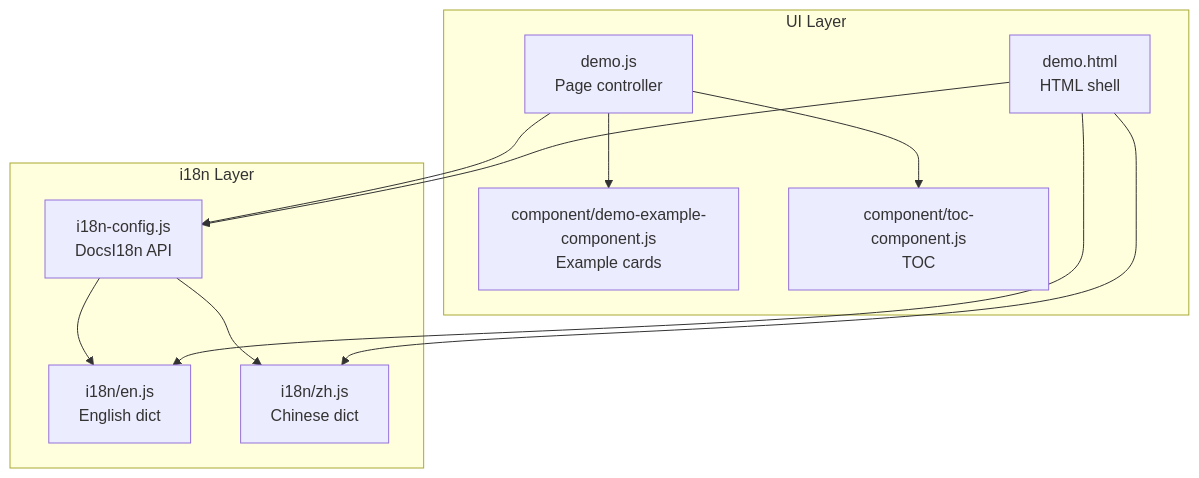
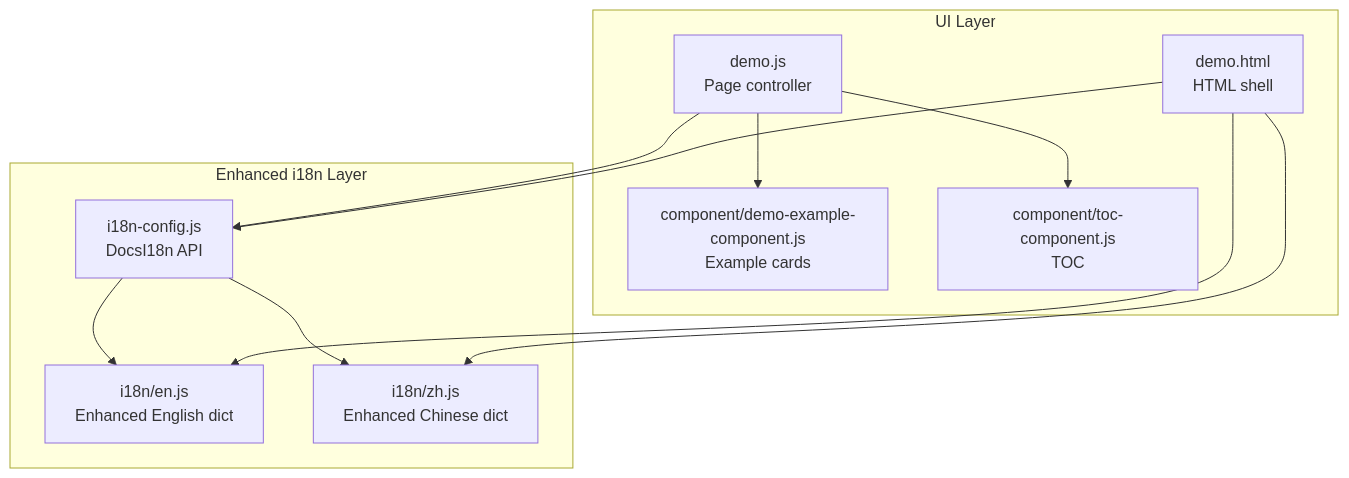
One commit to pingwurth/code-to-uml changed the first of 6 diagrams in .qoder/repowiki/en/content/Internationalization System.md. Above: the diagram before and after it, drawn with Mermaid. The commit also changed other lines of this file and 21 other files, not shown here.

Commit message:
chore(docs): 删除 Code-To-UML 介绍文档

````diff
--- a/.qoder/repowiki/en/content/Internationalization System.md
+++ b/.qoder/repowiki/en/content/Internationalization System.md
@@ -49,22 +49,22 @@
 ```mermaid
 graph TB
-subgraph "i18n Layer"
+subgraph "Enhanced i18n Layer"
 I18N_CFG["i18n-config.js<br/>DocsI18n API"]
-EN["i18n/en.js<br/>English dict"]
-ZH["i18n/zh.js<br/>Chinese dict"]
+EN["i18n/en.js<br/>Enhanced English dict"]
+ZH["i18n/zh.js<br/>Enhanced Chinese dict"]
 end
 subgraph "UI Layer"
 DEMO_HTML["demo.html<br/>HTML shell"]
 DEMO_JS["demo.js<br/>Page controller"]
 EX_COMP["component/demo-example-component.js<br/>Example cards"]
 TOC_COMP["component/toc-component.js<br/>TOC"]
 end
 DEMO_HTML --> I18N_CFG
 DEMO_HTML --> EN
 DEMO_HTML --> ZH
 DEMO_JS --> I18N_CFG
 DEMO_JS --> EX_COMP
 DEMO_JS --> TOC_COMP
 I18N_CFG --> EN
 I18N_CFG --> ZH
 ```
````
